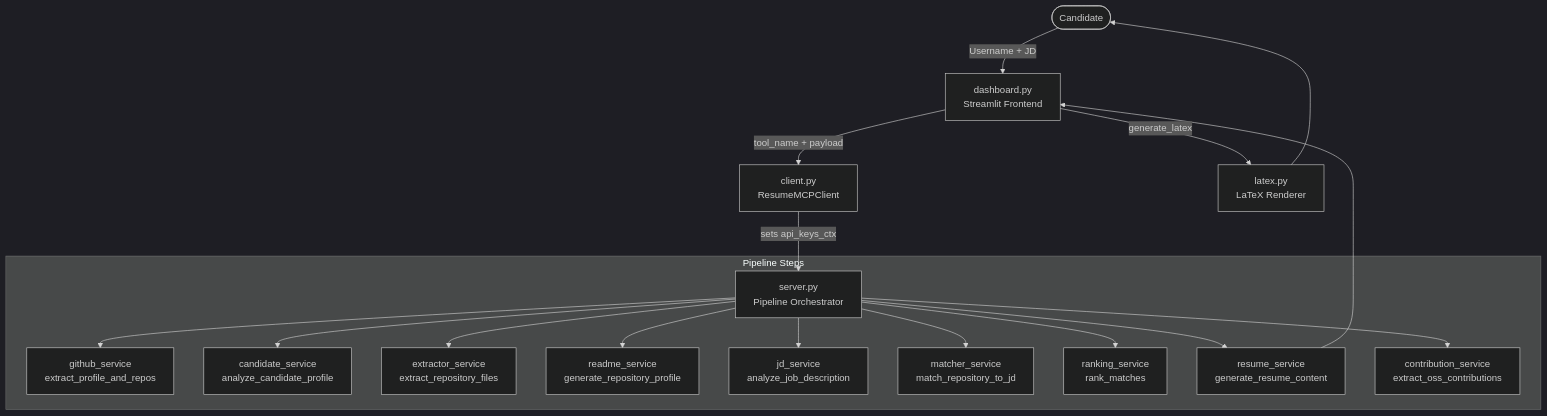
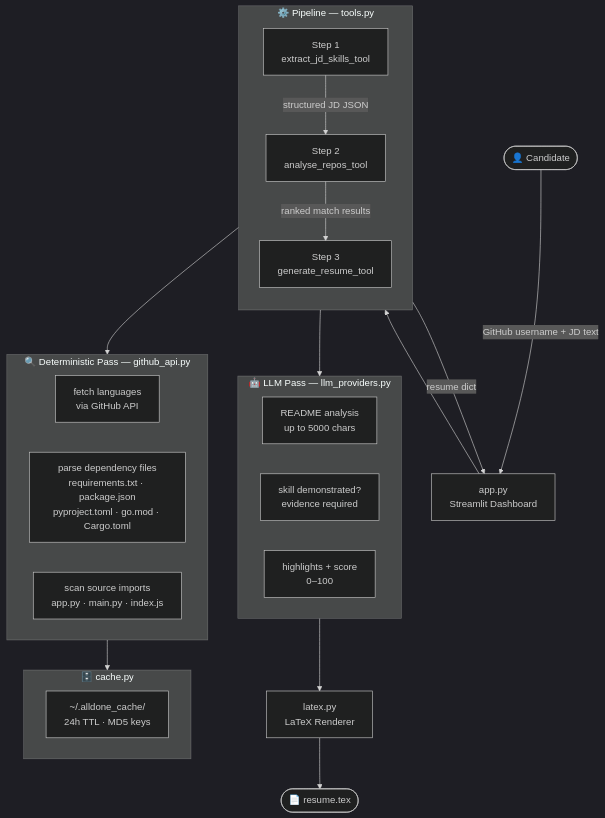
One commit to hillhack/GithubResumeParser changed the diagram in README.md. Above: the diagram before and after it, drawn with Mermaid (dark theme). The commit also changed other lines of this file and 41 other files, not shown here.

````diff
--- a/README.md
+++ b/README.md
@@ -44,22 +41,37 @@
 ```mermaid
 graph TD
-    User([Candidate]) -->|Username + JD| UI[dashboard.py\nStreamlit Frontend]
-    UI -->|tool_name + payload| Client[client.py\nResumeMCPClient]
-    Client -->|sets api_keys_ctx| Server[server.py\nPipeline Orchestrator]
+    User([👤 Candidate]) -->|GitHub username + JD text| UI[app.py\nStreamlit Dashboard]
 
-    subgraph Pipeline Steps
-        Server --> GH[github_service\nextract_profile_and_repos]
-        Server --> Cand[candidate_service\nanalyze_candidate_profile]
-        Server --> Ext[extractor_service\nextract_repository_files]
-        Server --> Readme[readme_service\ngenerate_repository_profile]
-        Server --> JD[jd_service\nanalyze_job_description]
-        Server --> Match[matcher_service\nmatch_repository_to_jd]
-        Server --> Rank[ranking_service\nrank_matches]
-        Server --> Resume[resume_service\ngenerate_resume_content]
-        Server --> OSS[contribution_service\nextract_oss_contributions]
+    subgraph Pipeline ["⚙️ Pipeline — tools.py"]
+        direction TB
+        T1[Step 1\nextract_jd_skills_tool] -->|structured JD JSON| T2
+        T2[Step 2\nanalyse_repos_tool] -->|ranked match results| T3
+        T3[Step 3\ngenerate_resume_tool]
     end
 
-    Resume --> UI
-    UI -->|generate_latex| Latex[latex.py\nLaTeX Renderer]
-    Latex --> User
+    UI --> T1
+    T3 -->|resume dict| UI
+
+    subgraph Deterministic ["🔍 Deterministic Pass — github_api.py"]
+        G1[fetch languages\nvia GitHub API]
+        G2[parse dependency files\nrequirements.txt · package.json\npyproject.toml · go.mod · Cargo.toml]
+        G3[scan source imports\napp.py · main.py · index.js]
+    end
+
+    subgraph LLM ["🤖 LLM Pass — llm_providers.py"]
+        L1[README analysis\nup to 5000 chars]
+        L2[skill demonstrated?\nevidence required]
+        L3[highlights + score\n0–100]
+    end
+
+    T2 --> Deterministic
+    T2 --> LLM
+
+    subgraph Cache ["🗄️ cache.py"]
+        C1[~/.alldone_cache/\n24h TTL · MD5 keys]
+    end
+
+    Deterministic --> Cache
+    LLM --> latex[latex.py\nLaTeX Renderer]
+    latex --> PDF([📄 resume.tex])
 ```
````
